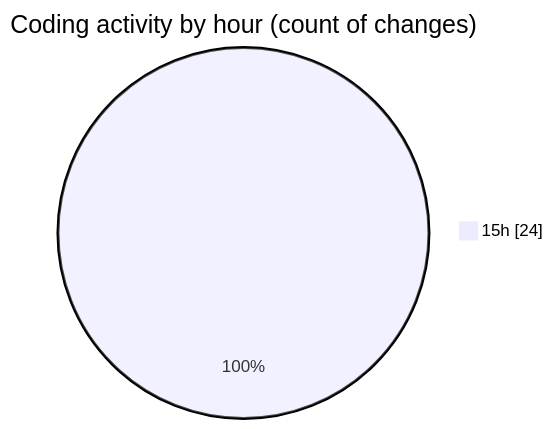
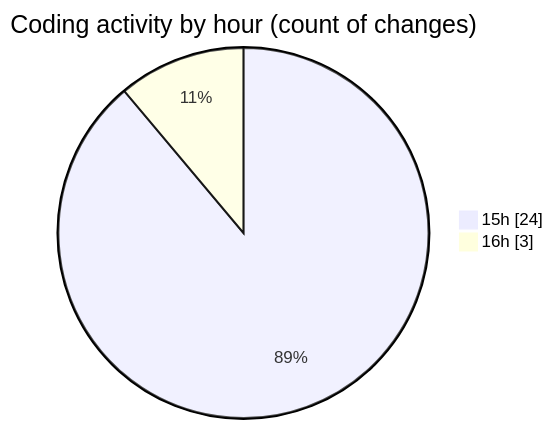
The second of 2 diagrams in 2025-08-02/tw-server/README.md (EIIisD/code-tracking), drawn with Mermaid before and after one commit. The commit also changed other lines of this file and 1 other file, not shown here.

````diff
--- a/2025-08-02/tw-server/README.md
+++ b/2025-08-02/tw-server/README.md
@@ -29,5 +29,6 @@
 ```mermaid
 pie showData
 title Coding activity by hour (count of changes)
 "15h" : 24
+"16h" : 3
 ```
````
